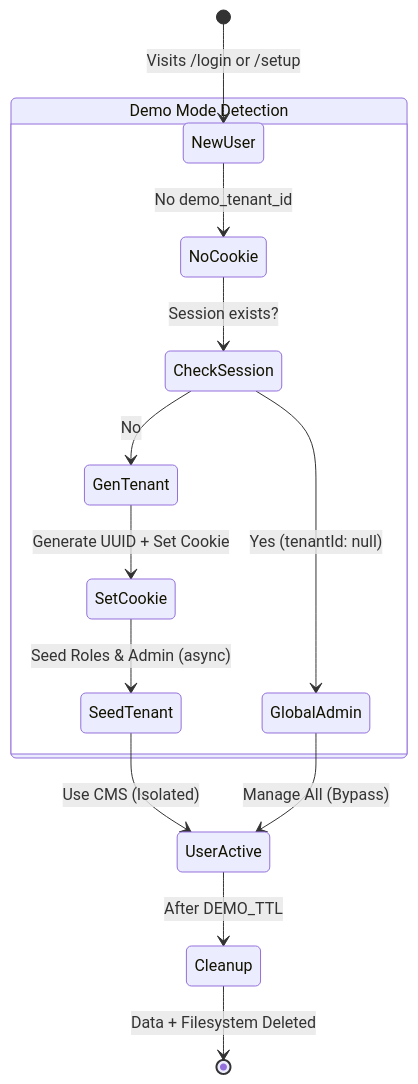
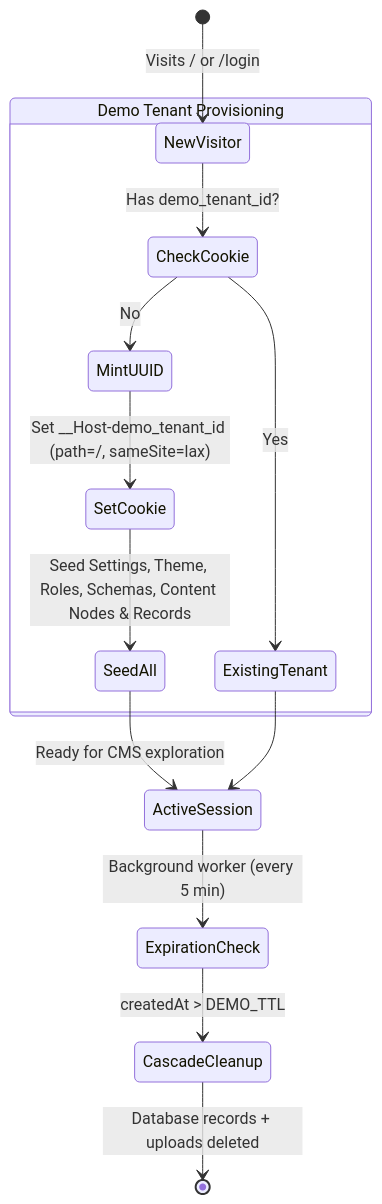
One commit to SveltyCMS/SveltyCMS changed the second of 2 diagrams in docs/reference/architecture/demo-mode.mdx. Above: the diagram before and after it, drawn with Mermaid. The commit also changed other lines of this file and 219 other files, not shown here.

````diff
--- a/docs/reference/architecture/demo-mode.mdx
+++ b/docs/reference/architecture/demo-mode.mdx
@@ -75,19 +87,16 @@
 ```mermaid
 stateDiagram-v2
-    [*] --> NewUser: Visits /login or /setup
-
-    state "Demo Mode Detection" as Detect {
-        NewUser --> NoCookie: No demo_tenant_id
-        NoCookie --> CheckSession: Session exists?
-        CheckSession --> GlobalAdmin: Yes (tenantId: null)
-        CheckSession --> GenTenant: No
-        GenTenant --> SetCookie: Generate UUID + Set Cookie
-        SetCookie --> SeedTenant: Seed Roles & Admin (async)
+    [*] --> NewVisitor: Visits / or /login
+    state "Demo Tenant Provisioning" as Provision {
+        NewVisitor --> CheckCookie: Has demo_tenant_id?
+        CheckCookie --> ExistingTenant: Yes
+        CheckCookie --> MintUUID: No
+        MintUUID --> SetCookie: Set __Host-demo_tenant_id (path=/, sameSite=lax)
+        SetCookie --> SeedAll: Seed Settings, Theme, Roles, Schemas, Content Nodes & Records
     }
-
-    SeedTenant --> UserActive: Use CMS (Isolated)
-    GlobalAdmin --> UserActive: Manage All (Bypass)
-
-    UserActive --> Cleanup: After DEMO_TTL
-    Cleanup --> [*]: Data + Filesystem Deleted
+    SeedAll --> ActiveSession: Ready for CMS exploration
+    ExistingTenant --> ActiveSession
+    ActiveSession --> ExpirationCheck: Background worker (every 5 min)
+    ExpirationCheck --> CascadeCleanup: createdAt > DEMO_TTL
+    CascadeCleanup --> [*]: Database records + uploads deleted
 ```
````
